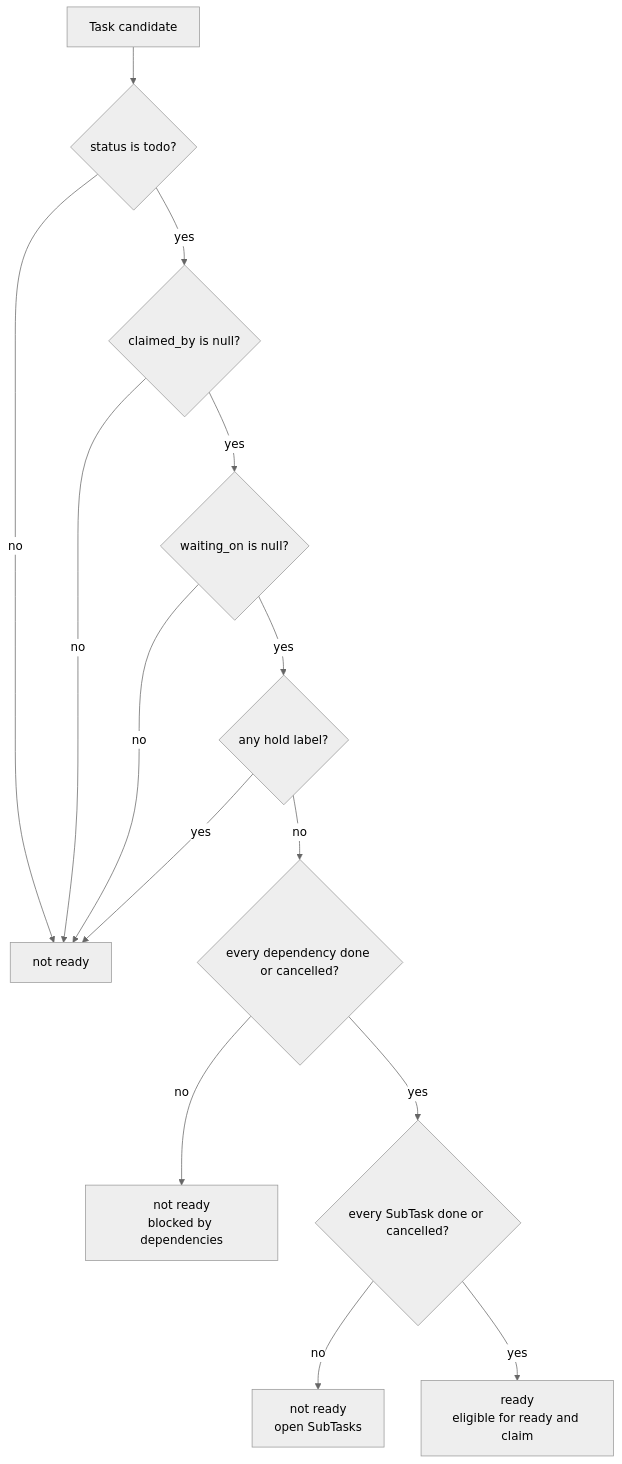
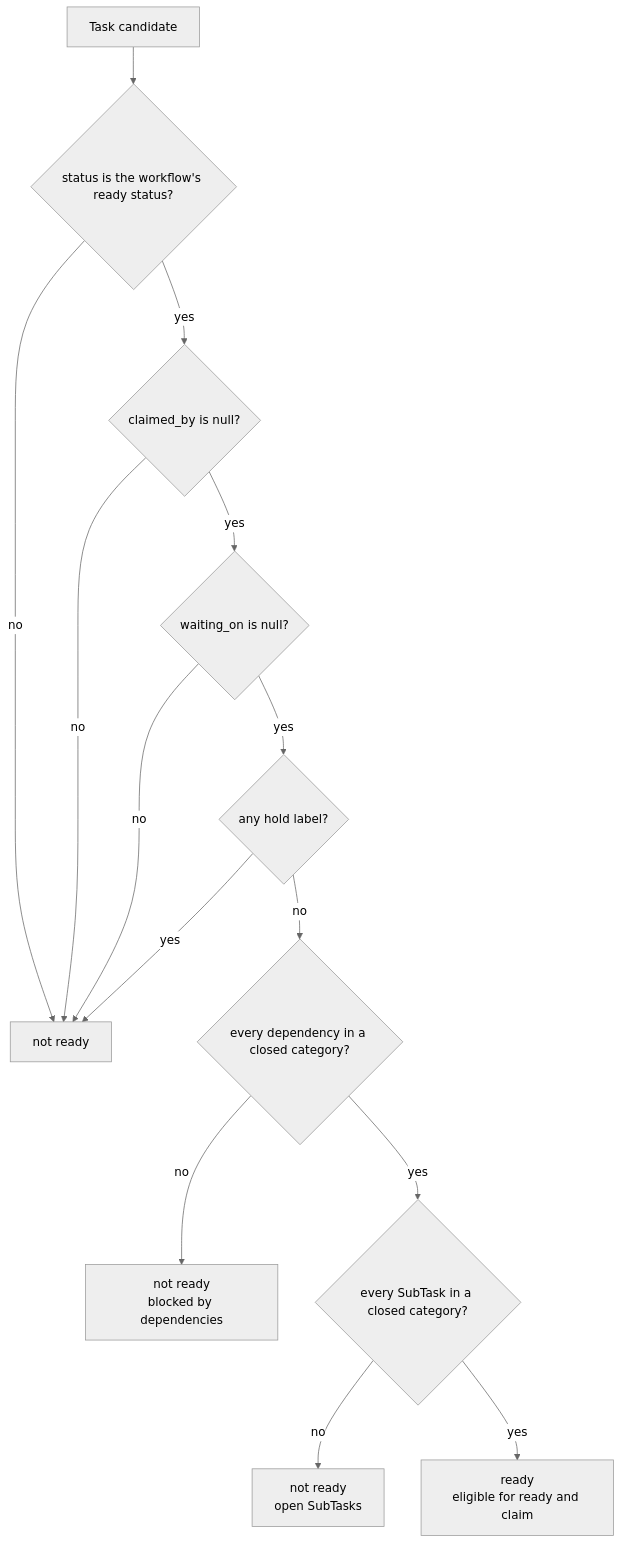
One commit to rcmendes/orbit changed the fifth of 14 diagrams in docs/ARCHITECTURE.md. Above: the diagram before and after it, drawn with Mermaid (neutral theme). The commit also changed other lines of this file and 41 other files, not shown here.

First line of the commit message:
feat(workflow): board-defined lifecycle with status categories and named transitions

````diff
--- a/docs/ARCHITECTURE.md
+++ b/docs/ARCHITECTURE.md
@@ -398,16 +405,16 @@
 ```mermaid
 flowchart TD
-    TASK["Task candidate"] --> STATUS{"status is todo?"}
+    TASK["Task candidate"] --> STATUS{"status is the workflow's ready status?"}
     STATUS -->|no| NOTREADY["not ready"]
     STATUS -->|yes| CLAIMED{"claimed_by is null?"}
     CLAIMED -->|no| NOTREADY
     CLAIMED -->|yes| WAITING{"waiting_on is null?"}
     WAITING -->|no| NOTREADY
     WAITING -->|yes| HELD{"any hold label?"}
     HELD -->|yes| NOTREADY
-    HELD -->|no| DEPS{"every dependency done or cancelled?"}
+    HELD -->|no| DEPS{"every dependency in a closed category?"}
     DEPS -->|no| BLOCKED["not ready<br/>blocked by dependencies"]
-    DEPS -->|yes| SUBTASKS{"every SubTask done or cancelled?"}
+    DEPS -->|yes| SUBTASKS{"every SubTask in a closed category?"}
     SUBTASKS -->|no| SUBTASKSOPEN["not ready<br/>open SubTasks"]
     SUBTASKS -->|yes| READY["ready<br/>eligible for ready and claim"]
 ```
````
